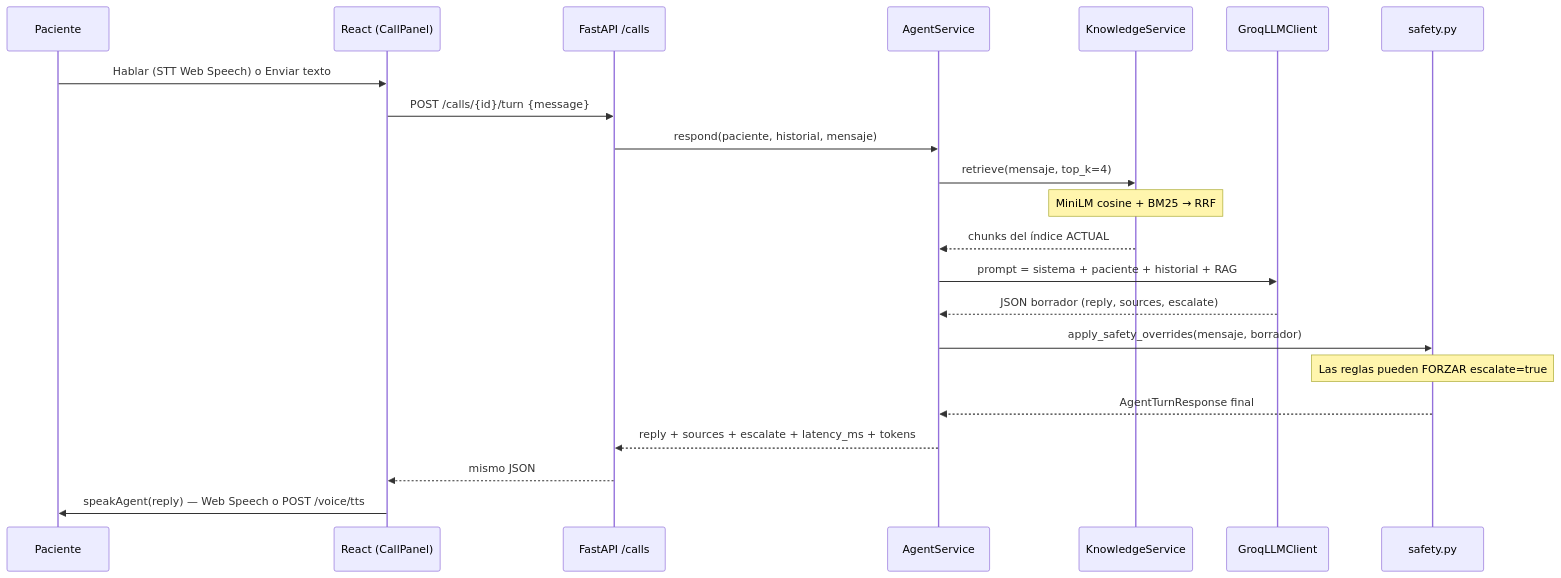
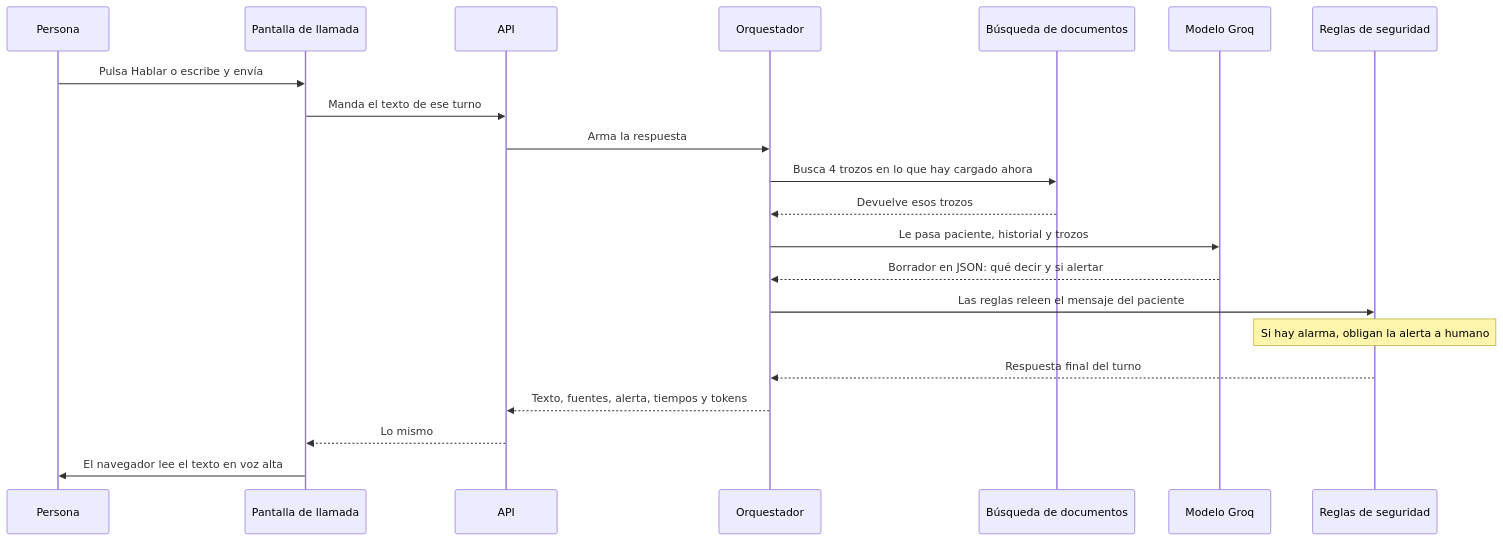
Before and after one commit to jfernand196/tech-sphere-voice-agent: the second of 6 diagrams in ARCHITECTURE.md, drawn with Mermaid. The commit also changed other lines of this file, not shown here.

Commit message:
Rewrite architecture diagrams in plain language.

````diff
--- a/ARCHITECTURE.md
+++ b/ARCHITECTURE.md
@@ -59,25 +61,24 @@
 ```mermaid
 sequenceDiagram
-  participant P as Paciente
-  participant UI as React (CallPanel)
-  participant API as FastAPI /calls
-  participant Ag as AgentService
-  participant RAG as KnowledgeService
-  participant LLM as GroqLLMClient
-  participant Saf as safety.py
+  participant P as Persona
+  participant UI as Pantalla de llamada
+  participant API as API
+  participant Ag as Orquestador
+  participant RAG as Búsqueda de documentos
+  participant LLM as Modelo Groq
+  participant Saf as Reglas de seguridad
 
-  P->>UI: Hablar (STT Web Speech) o Enviar texto
-  UI->>API: POST /calls/{id}/turn {message}
-  API->>Ag: respond(paciente, historial, mensaje)
-  Ag->>RAG: retrieve(mensaje, top_k=4)
-  Note over RAG: MiniLM cosine + BM25 → RRF
-  RAG-->>Ag: chunks del índice ACTUAL
-  Ag->>LLM: prompt = sistema + paciente + historial + RAG
-  LLM-->>Ag: JSON borrador (reply, sources, escalate)
-  Ag->>Saf: apply_safety_overrides(mensaje, borrador)
-  Note over Saf: Las reglas pueden FORZAR escalate=true
-  Saf-->>Ag: AgentTurnResponse final
-  Ag-->>API: reply + sources + escalate + latency_ms + tokens
-  API-->>UI: mismo JSON
-  UI->>P: speakAgent(reply) — Web Speech o POST /voice/tts
+  P->>UI: Pulsa Hablar o escribe y envía
+  UI->>API: Manda el texto de ese turno
+  API->>Ag: Arma la respuesta
+  Ag->>RAG: Busca 4 trozos en lo que hay cargado ahora
+  RAG-->>Ag: Devuelve esos trozos
+  Ag->>LLM: Le pasa paciente, historial y trozos
+  LLM-->>Ag: Borrador en JSON: qué decir y si alertar
+  Ag->>Saf: Las reglas releen el mensaje del paciente
+  Note over Saf: Si hay alarma, obligan la alerta a humano
+  Saf-->>Ag: Respuesta final del turno
+  Ag-->>API: Texto, fuentes, alerta, tiempos y tokens
+  API-->>UI: Lo mismo
+  UI->>P: El navegador lee el texto en voz alta
 ```
````
